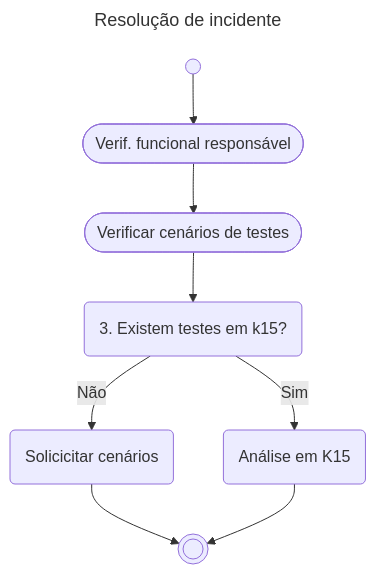
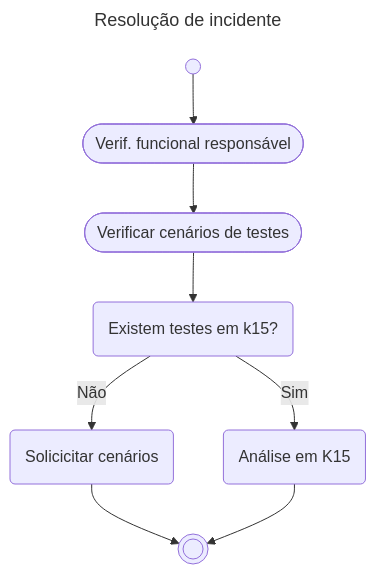
The second of 3 diagrams in README.md (edmilson-nascimento/Quermesse), drawn with Mermaid before and after one commit.

````diff
--- a/README.md
+++ b/README.md
@@ -65,21 +65,21 @@
 ```mermaid
 ---
 title: Resolução de incidente
 ---
 
 flowchart TB
 %% flowchart TB
 %% flowchart LR
 
 start((" "))    --> verifFuncional([Verif. funcional responsável])
 verifFuncional  --> verifCenarios([Verificar cenários de testes])
 
-    verifCenarios   --> existTestK15(3. Existem testes em k15?)
+    verifCenarios   --> existTestK15(Existem testes em k15?)
     existTestK15    --  Não --> solicitarK15(Solicicitar cenários)
 
     solicitarK15    --> End
     existTestK15--  Sim --> avaliarK15(Análise em K15)
 
 avaliarK15      --> End(((" ")))
 
 ```
````
